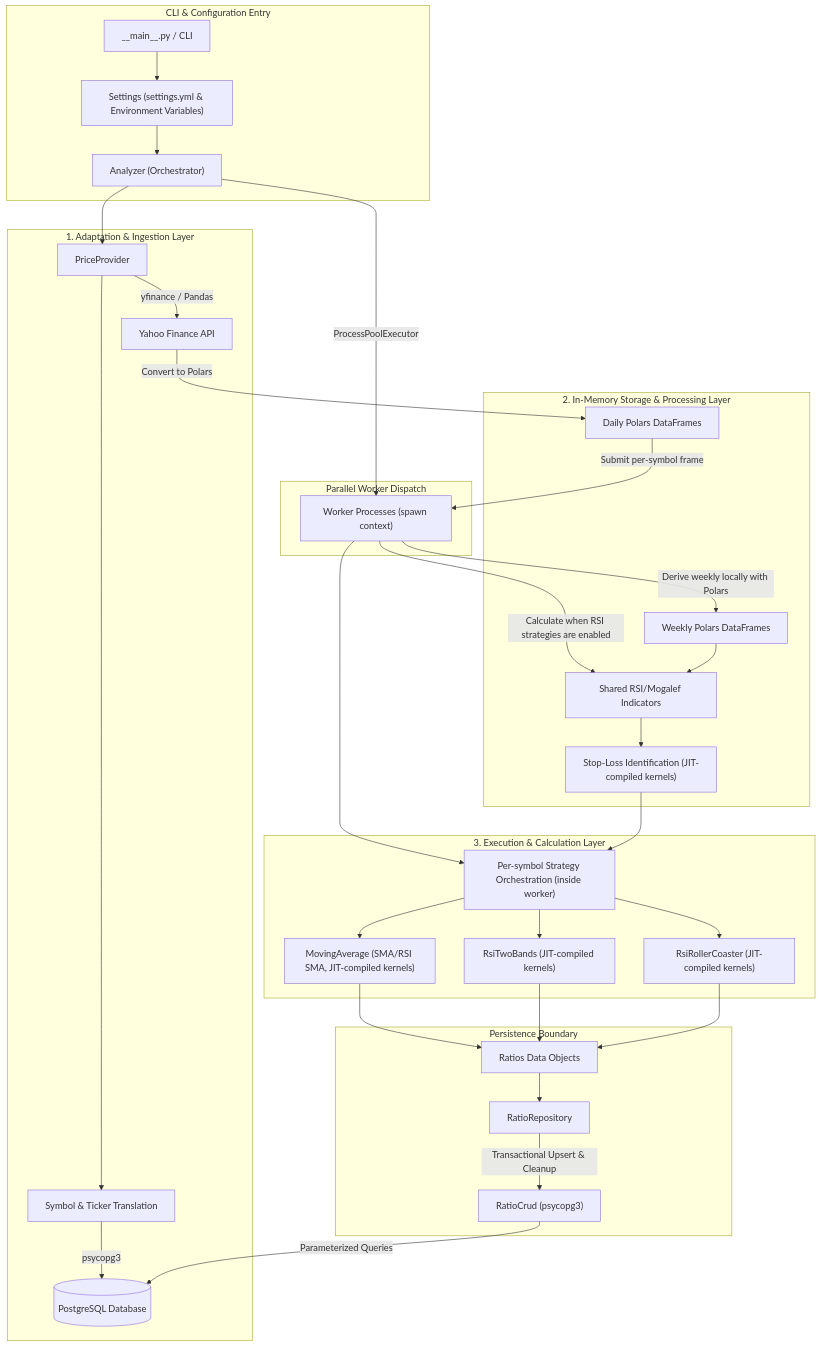
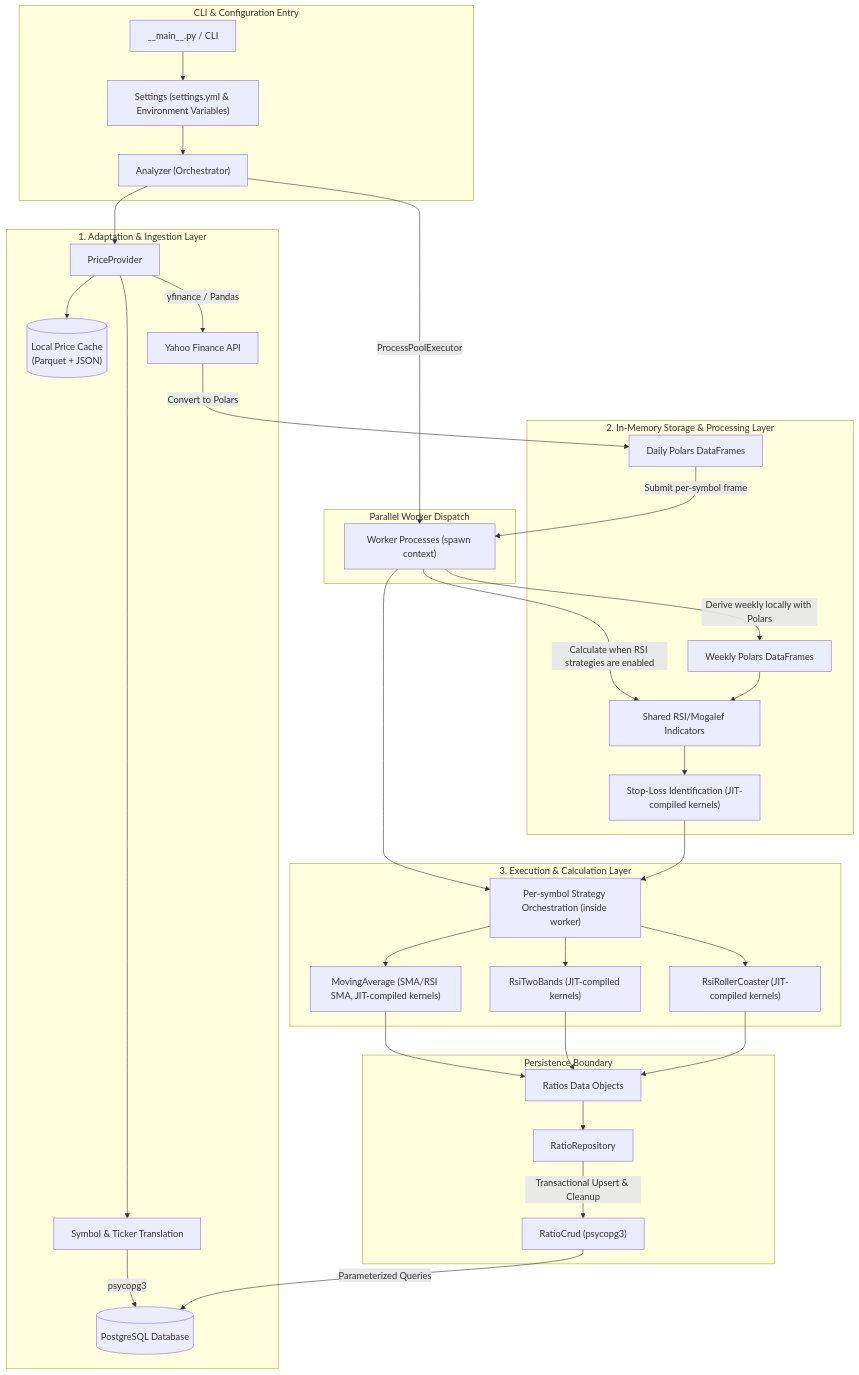
Before and after one commit to NestorDR/radar-core: the diagram in README.md, drawn with Mermaid. The commit also changed other lines of this file and 1 other file, not shown here.

Commit message:
Refactor `PriceProvider`: update timezone handling, inline settings for clarity, and align cache management logic. Expand README with cache details and enhance documentation.

````diff
--- a/README.md
+++ b/README.md
@@ -77,44 +78,45 @@
 ```mermaid
 flowchart TD
     subgraph CLI ["CLI & Configuration Entry"]
         Main["__main__.py / CLI"] --> Settings["Settings (settings.yml & Environment Variables)"]
         Settings --> Analyzer["Analyzer (Orchestrator)"]
     end
 
     subgraph DataIngestion ["1. Adaptation & Ingestion Layer"]
         Analyzer --> PriceProvider["PriceProvider"]
         PriceProvider --> SymbolMapping["Symbol & Ticker Translation"]
         SymbolMapping -->|psycopg3| DB[("PostgreSQL Database")]
+        PriceProvider --> PriceCache[("Local Price Cache<br>(Parquet + JSON)")]
         PriceProvider -->|yfinance / Pandas| YFinance["Yahoo Finance API"]
     end
 
     subgraph Concurrency ["Parallel Worker Dispatch"]
         Analyzer -->|ProcessPoolExecutor| ParallelWorkers["Worker Processes (spawn context)"]
     end
 
     subgraph Storage ["2. In-Memory Storage & Processing Layer"]
         YFinance -->|Convert to Polars| DailyPolarsData["Daily Polars DataFrames"]
         DailyPolarsData -->|Submit per-symbol frame| ParallelWorkers
         ParallelWorkers -->|Derive weekly locally with Polars| PolarsWeeklyData["Weekly Polars DataFrames"]
         ParallelWorkers -->|Calculate when RSI strategies are enabled| TechnicalIndicators["Shared RSI/Mogalef Indicators"]
         PolarsWeeklyData --> TechnicalIndicators
         TechnicalIndicators --> StopLoss["Stop-Loss Identification (JIT-compiled kernels)"]
     end
 
     subgraph Execution ["3. Execution & Calculation Layer"]
         ParallelWorkers --> StrategyOrch["Per-symbol Strategy Orchestration (inside worker)"]
         StopLoss --> StrategyOrch
         StrategyOrch --> MA["MovingAverage (SMA/RSI SMA, JIT-compiled kernels)"]
         StrategyOrch --> RSI2B["RsiTwoBands (JIT-compiled kernels)"]
         StrategyOrch --> RSIRC["RsiRollerCoaster (JIT-compiled kernels)"]
     end
 
     subgraph Persistence ["Persistence Boundary"]
         MA --> RatiosOutput["Ratios Data Objects"]
         RSI2B --> RatiosOutput
         RSIRC --> RatiosOutput
         RatiosOutput --> RatioRepo["RatioRepository"]
         RatioRepo -->|Transactional Upsert & Cleanup| RatioCrud["RatioCrud (psycopg3)"]
         RatioCrud -->|Parameterized Queries| DB
     end
 ```
````
